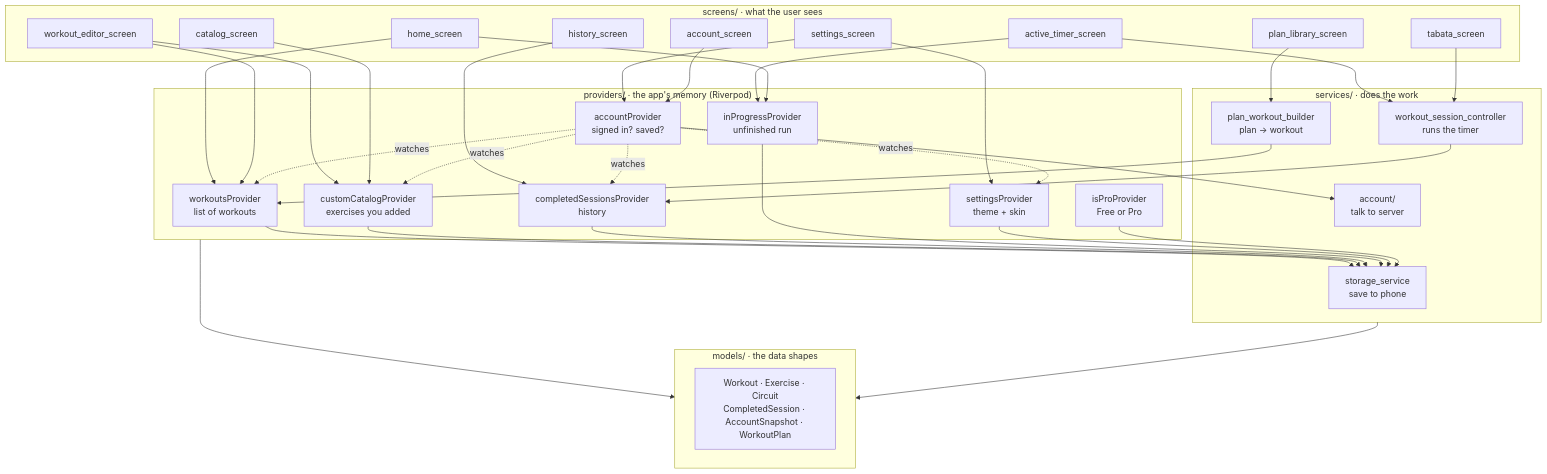
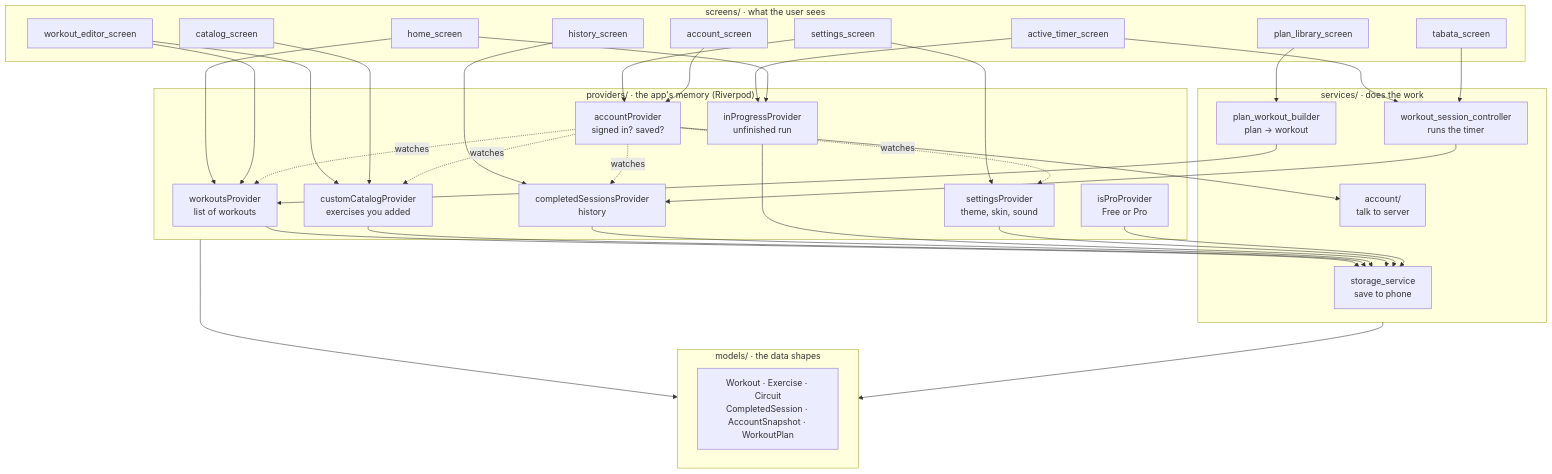
The second of 6 diagrams in GUIDE.md (kuikai/stackfit), drawn with Mermaid before and after one commit. The commit also changed other lines of this file and 165 other files, not shown here.

````diff
--- a/GUIDE.md
+++ b/GUIDE.md
@@ -72,65 +72,65 @@
 ```mermaid
 flowchart TB
   subgraph Screens["screens/ · what the user sees"]
     Home[home_screen]
     Editor[workout_editor_screen]
     Catalog[catalog_screen]
     Timer[active_timer_screen]
     Tabata[tabata_screen]
     History[history_screen]
     Settings[settings_screen]
     Plans[plan_library_screen]
     Account[account_screen]
   end
 
   subgraph Providers["providers/ · the app's memory (Riverpod)"]
     WP[workoutsProvider<br/>list of workouts]
     CCP[customCatalogProvider<br/>exercises you added]
     CP[completedSessionsProvider<br/>history]
     IP[inProgressProvider<br/>unfinished run]
-    SP[settingsProvider<br/>theme + skin]
+    SP[settingsProvider<br/>theme, skin, sound]
     PP[isProProvider<br/>Free or Pro]
     AP[accountProvider<br/>signed in? saved?]
   end
 
   subgraph Services["services/ · does the work"]
     Store[storage_service<br/>save to phone]
     Session[workout_session_controller<br/>runs the timer]
     Sync[account/<br/>talk to server]
     Plan[plan_workout_builder<br/>plan → workout]
   end
 
   subgraph Models["models/ · the data shapes"]
     M[Workout · Exercise · Circuit<br/>CompletedSession · AccountSnapshot · WorkoutPlan]
   end
 
   Home --> WP
   Editor --> WP
   Editor --> CCP
   Catalog --> CCP
   Timer --> Session --> CP
   Tabata --> Session
   Timer --> IP
   Home --> IP
   History --> CP
   Settings --> SP
   Settings --> AP
   Plans --> Plan --> WP
   Account --> AP
 
   WP --> Store
   CCP --> Store
   CP --> Store
   IP --> Store
   SP --> Store
   PP --> Store
   AP --> Sync
 
   AP -. "watches" .-> WP
   AP -. "watches" .-> CP
   AP -. "watches" .-> SP
   AP -. "watches" .-> CCP
 
   Providers --> Models
   Services --> Models
 ```
````
